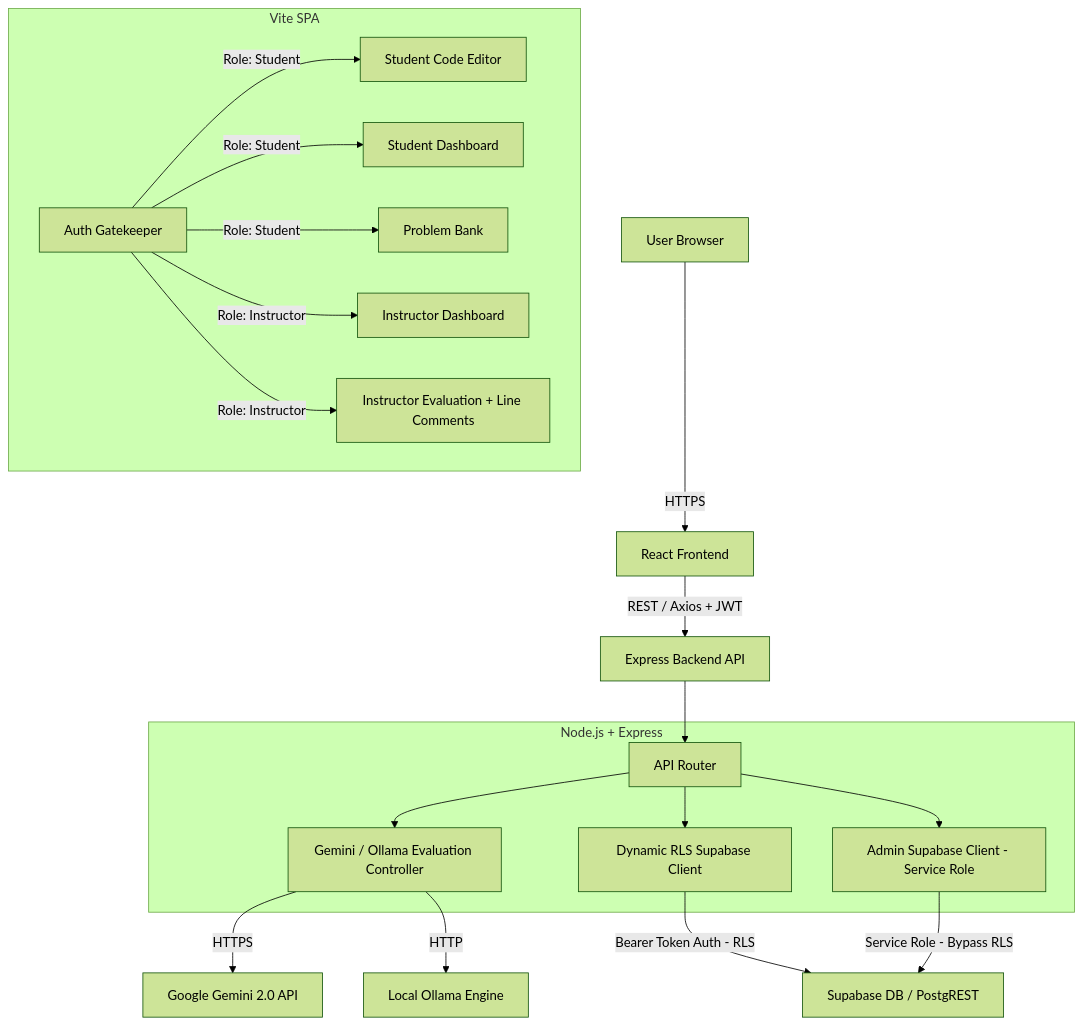
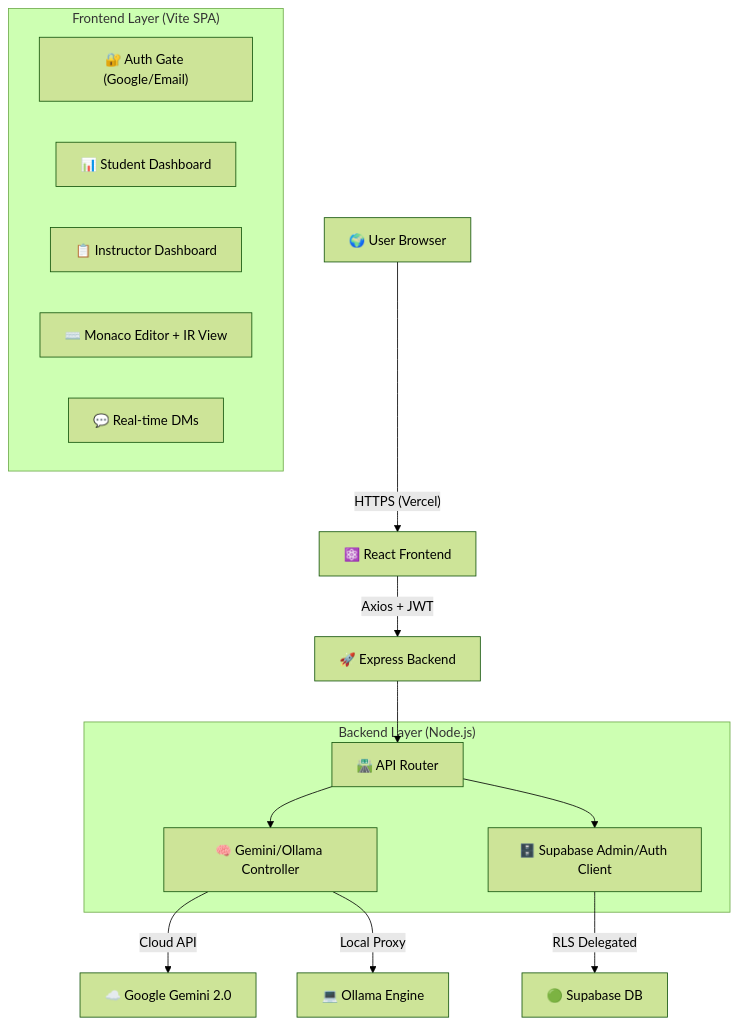
One commit to OCTehckie18/CodeIR changed the diagram in README.md. Above: the diagram before and after it, drawn with Mermaid (forest theme). The commit also changed other lines of this file, not shown here.

````diff
--- a/README.md
+++ b/README.md
@@ -15,32 +20,28 @@
 ```mermaid
 graph TD
-    User[User Browser] -->|HTTPS| React[React Frontend]
+    User["🌍 User Browser"] -->|"HTTPS (Vercel)"| FE["⚛️ React Frontend"]
 
-    subgraph Frontend [Vite SPA]
-        Auth[Auth Gatekeeper]
-        Auth -->|Role: Student| Editor[Student Code Editor]
-        Auth -->|Role: Student| Dash[Student Dashboard]
-        Auth -->|Role: Student| Problems[Problem Bank]
-        Auth -->|Role: Instructor| IDash[Instructor Dashboard]
-        Auth -->|Role: Instructor| Eval[Instructor Evaluation + Line Comments]
+    subgraph "Frontend Layer (Vite SPA)"
+        Auth["🔐 Auth Gate (Google/Email)"]
+        S_Dash["📊 Student Dashboard"]
+        I_Dash["📋 Instructor Dashboard"]
+        Editor["⌨️ Monaco Editor + IR View"]
+        Chat["💬 Real-time DMs"]
     end
 
-    React -->|REST / Axios + JWT| API[Express Backend API]
+    FE -->|"Axios + JWT"| BE["🚀 Express Backend"]
 
-    subgraph Backend [Node.js + Express]
-        Router[API Router]
-        EvalController[Gemini / Ollama Evaluation Controller]
-        DBController[Dynamic RLS Supabase Client]
-        AdminClient[Admin Supabase Client - Service Role]
+    subgraph "Backend Layer (Node.js)"
+        Router["🛣️ API Router"]
+        AI_Eng["🧠 Gemini/Ollama Controller"]
+        DB_Eng["🗄️ Supabase Admin/Auth Client"]
     end
 
-    API --> Router
-    Router --> EvalController
-    Router --> DBController
-    Router --> AdminClient
+    BE --> Router
+    Router --> AI_Eng
+    Router --> DB_Eng
 
-    EvalController -->|HTTPS| Gemini[Google Gemini 2.0 API]
-    EvalController -->|HTTP| Ollama[Local Ollama Engine]
-    DBController -->|Bearer Token Auth - RLS| SB[Supabase DB / PostgREST]
-    AdminClient -->|Service Role - Bypass RLS| SB
+    AI_Eng -->|"Cloud API"| Gemini["☁️ Google Gemini 2.0"]
+    AI_Eng -->|"Local Proxy"| Ollama["💻 Ollama Engine"]
+    DB_Eng -->|"RLS Delegated"| SB["🟢 Supabase DB"]
 ```
````
